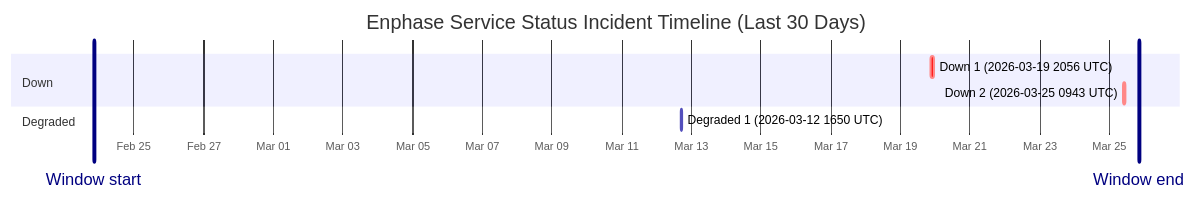
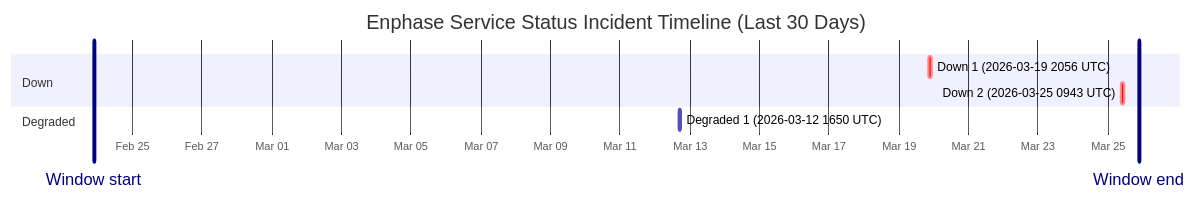
The diagram in wiki/Service-Status-History.md (barneyonline/ha-enphase-ev-charger), drawn with Mermaid before and after one commit. The commit also changed other lines of this file and 3 other files, not shown here.

````diff
--- a/wiki/Service-Status-History.md
+++ b/wiki/Service-Status-History.md
@@ -14,13 +14,13 @@
 ```mermaid
 gantt
     title Enphase Service Status Incident Timeline (Last 30 Days)
     dateFormat  YYYY-MM-DDTHH:mm:ss
     axisFormat  %b %d
-    Window start :vert, window-start, 2026-02-23T20:29:42, 0ms
-    Window end :vert, window-end, 2026-03-25T20:29:42, 0ms
+    Window start :vert, window-start, 2026-02-23T21:29:04, 0ms
+    Window end :vert, window-end, 2026-03-25T21:29:04, 0ms
     section Down
     Down 1 (2026-03-19 2056 UTC) :crit, down-1, 2026-03-19T20:56:20, 145m
     Down 2 (2026-03-25 0943 UTC) :crit, down-2, 2026-03-25T09:43:28, 111m
     section Degraded
     Degraded 1 (2026-03-12 1650 UTC) :active, degraded-1, 2026-03-12T16:50:43, 60m
 ```
````
